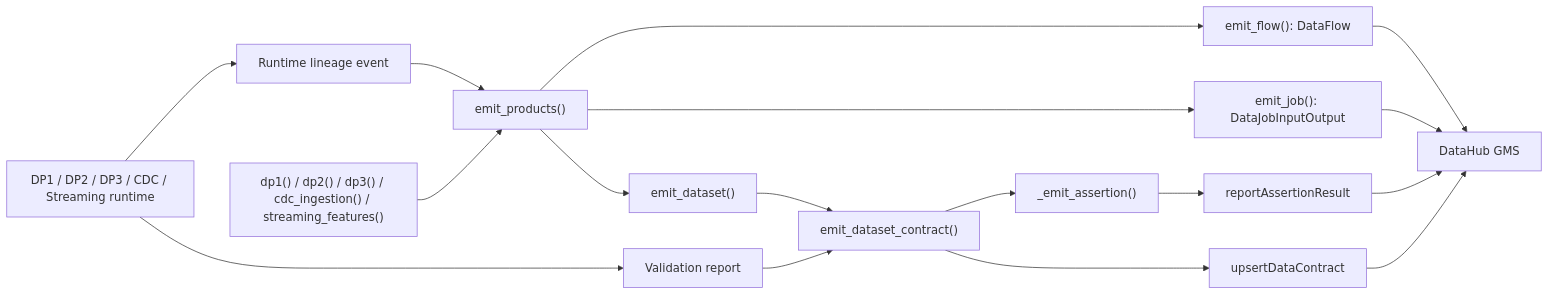
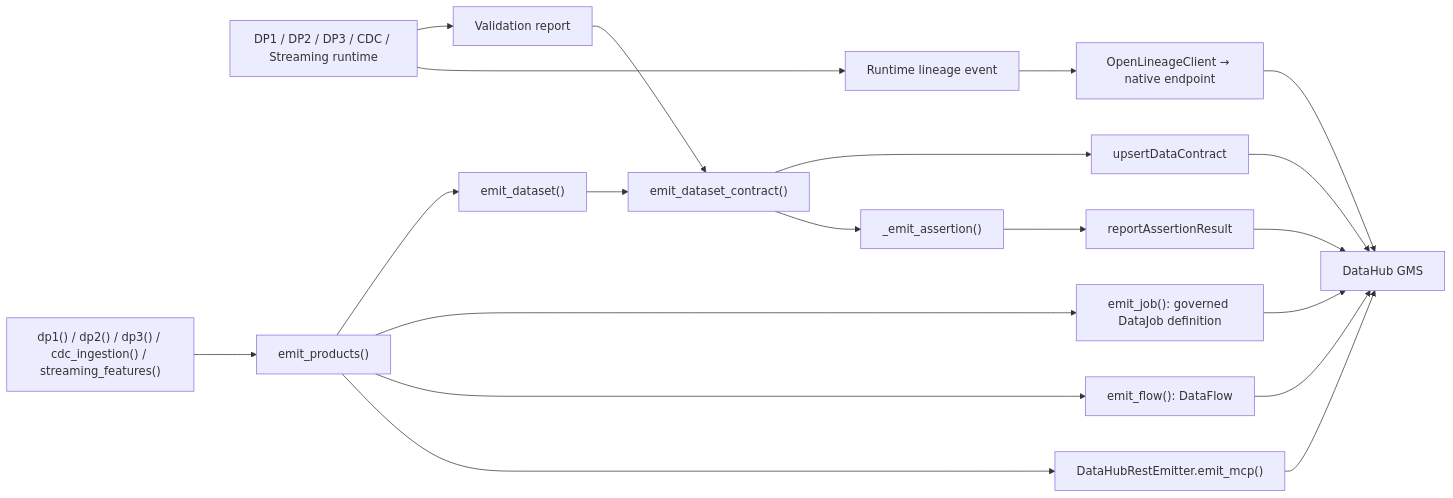
Before and after one commit to itsmekhoathekid/RecSys-MLops: the second of 2 diagrams in docs/submission/rubic-(mini-coursework)/data_governance.md, drawn with Mermaid. The commit also changed other lines of this file and 20 other files, not shown here.

Commit message:
feat: publish native DataHub runtime lineage

````diff
--- a/docs/submission/rubic-(mini-coursework)/data_governance.md
+++ b/docs/submission/rubic-(mini-coursework)/data_governance.md
@@ -156,19 +158,22 @@
 ```mermaid
 flowchart LR
   Component["DP1 / DP2 / DP3 / CDC / Streaming runtime"] --> Runtime["Runtime lineage event"]
+  Runtime --> OpenLineage["OpenLineageClient → native endpoint"]
+  OpenLineage --> GMS["DataHub GMS"]
   Component --> Validation["Validation report"]
   Catalog["dp1() / dp2() / dp3() / cdc_ingestion() / streaming_features()"] --> Products["emit_products()"]
-  Runtime --> Products
   Validation --> Contracts["emit_dataset_contract()"]
+  Products --> MCP["DataHubRestEmitter.emit_mcp()"]
+  MCP --> GMS
   Products --> Flow["emit_flow(): DataFlow"]
-  Products --> Job["emit_job(): DataJobInputOutput"]
+  Products --> Job["emit_job(): governed DataJob definition"]
   Products --> Dataset["emit_dataset()"]
   Dataset --> Contracts
   Contracts --> Assertion["_emit_assertion()"]
   Assertion --> Result["reportAssertionResult"]
   Contracts --> Contract["upsertDataContract"]
-  Flow --> GMS["DataHub GMS"]
+  Flow --> GMS
   Job --> GMS
   Result --> GMS
   Contract --> GMS
 ```
````
